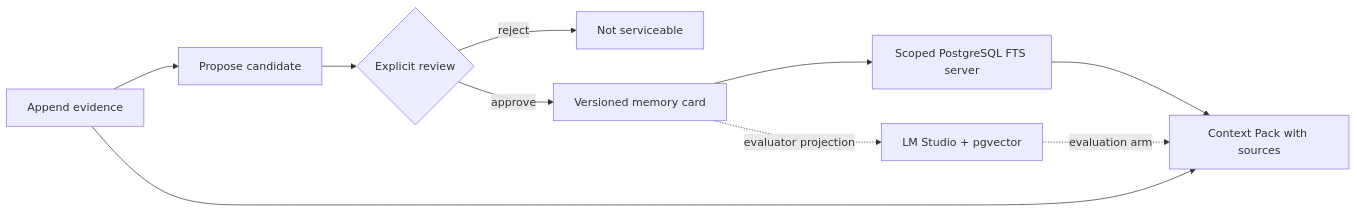
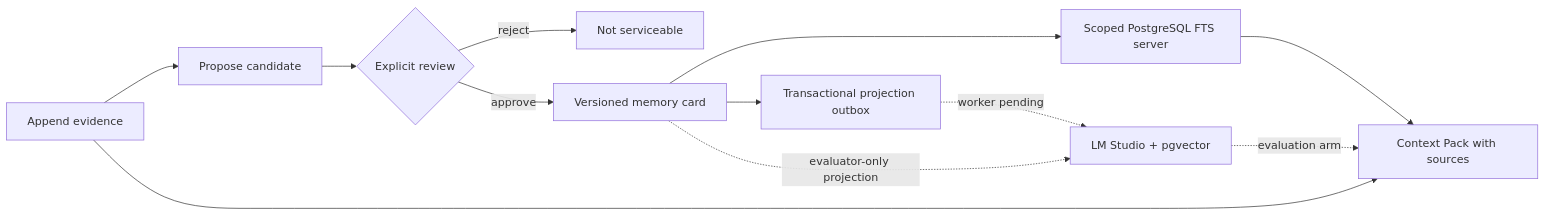
Before and after one commit to ksana-ai/agent-memory-system: the diagram in README.md, drawn with Mermaid. The commit also changed other lines of this file and 15 other files, not shown here.

Commit message:
feat: add transactional embedding projection outbox

````diff
--- a/README.md
+++ b/README.md
@@ -11,12 +11,14 @@
 ```mermaid
 flowchart LR
     E[Append evidence] --> C[Propose candidate]
     C --> R{Explicit review}
     R -->|reject| X[Not serviceable]
     R -->|approve| M[Versioned memory card]
     M --> S[Scoped PostgreSQL FTS server]
-    M -. evaluator projection .-> V[LM Studio + pgvector]
+    M --> O[Transactional projection outbox]
+    O -. worker pending .-> V[LM Studio + pgvector]
+    M -. evaluator-only projection .-> V
     E --> P[Context Pack with sources]
     S --> P
     V -. evaluation arm .-> P
 ```
````
